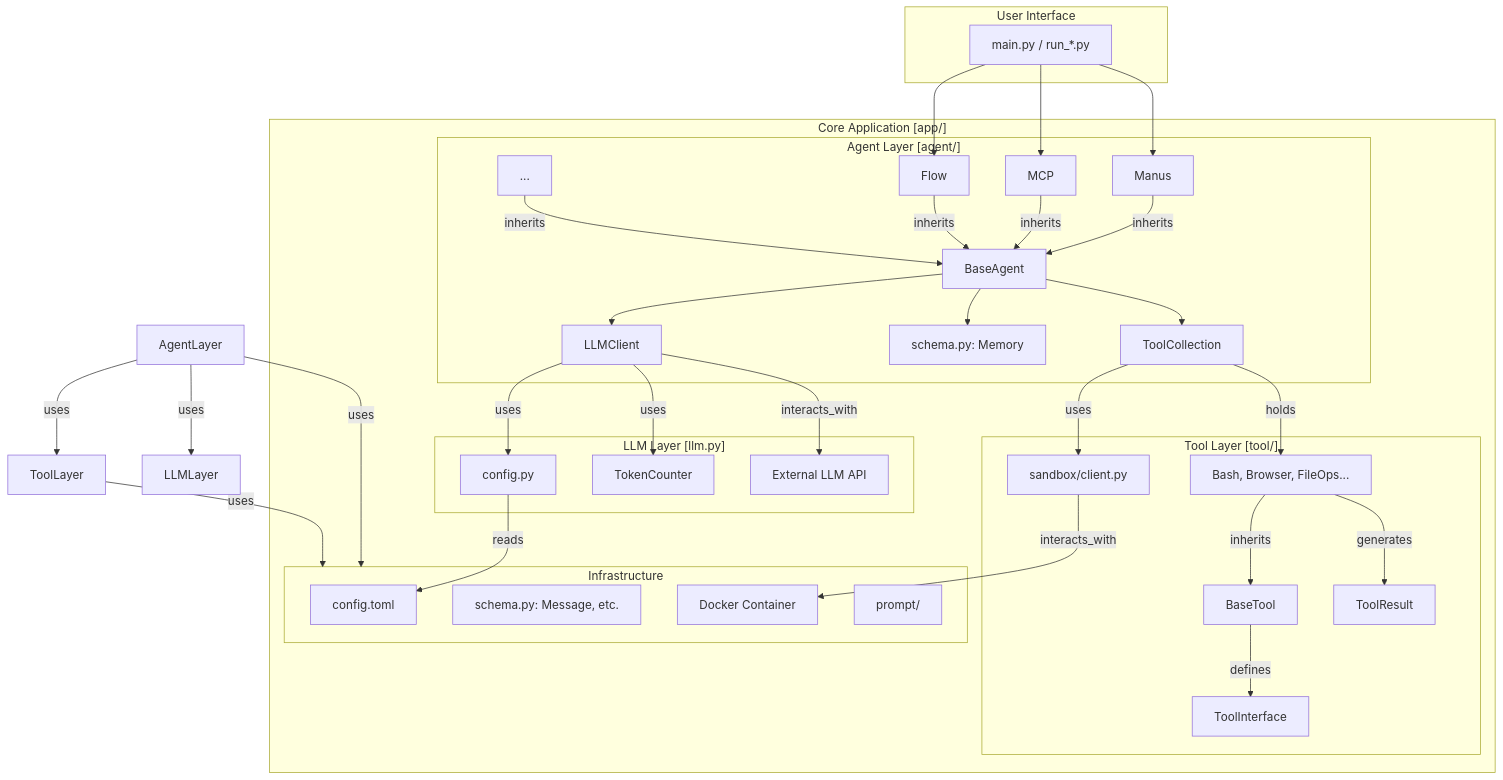
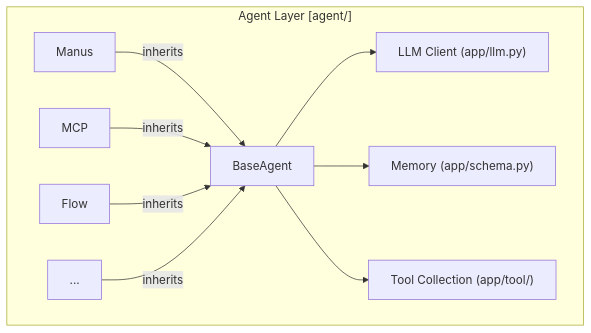
One commit to ywfhighlo/OpenManus-docs changed the third of 6 diagrams in docs/architecture_analysis.md. Above: the diagram before and after it, drawn with Mermaid. The commit also changed other lines of this file, not shown here.

Commit message:
将 docs/architecture_analysis.md 中的复杂 Mermaid 图拆分成几个更简单的图表，分别展示不同的方面。

````diff
--- a/docs/architecture_analysis.md
+++ b/docs/architecture_analysis.md
@@ -40,49 +60,12 @@
 ```mermaid
 graph TD
-    subgraph "User Interface"
-        CLI["main.py / run_*.py"]
+    subgraph "Agent Layer [agent/]"
+        BaseAgent --> LLMClient["LLM Client (app/llm.py)"]
+        BaseAgent --> MemoryStore["Memory (app/schema.py)"]
+        BaseAgent --> ToolCollection["Tool Collection (app/tool/)"]
+        ManusAgent["Manus"] -- inherits --> BaseAgent
+        MCPAgent["MCP"] -- inherits --> BaseAgent
+        FlowAgent["Flow"] -- inherits --> BaseAgent
+        OtherAgents["..."] -- inherits --> BaseAgent
     end
-
-    subgraph "Core Application [app/]"
-        subgraph "Agent Layer [agent/]"
-            BaseAgent --> LLMClient
-            BaseAgent --> MemoryStore
-            BaseAgent --> ToolCollection
-            ManusAgent["Manus"] -- inherits --> BaseAgent
-            MCPAgent["MCP"] -- inherits --> BaseAgent
-            FlowAgent["Flow"] -- inherits --> BaseAgent
-            OtherAgents["..."] -- inherits --> BaseAgent
-        end
-
-        subgraph "LLM Layer [llm.py]"
-            LLMClient -- uses --> ConfigService
-            LLMClient -- uses --> TokenCounter
-            LLMClient -- interacts_with --> LLM_API["External LLM API"]
-        end
-
-        subgraph "Tool Layer [tool/]"
-            BaseTool -- defines --> ToolInterface
-            ToolCollection -- holds --> Tools["Bash, Browser, FileOps..."]
-            Tools -- inherits --> BaseTool
-            Tools -- generates --> ToolResult
-            ToolCollection -- uses --> SandboxClient
-        end
-
-        subgraph "Infrastructure"
-            ConfigService["config.py"] -- reads --> ConfigFile["config.toml"]
-            MemoryStore["schema.py: Memory"]
-            DataSchemas["schema.py: Message, etc."]
-            SandboxClient["sandbox/client.py"] -- interacts_with --> Sandbox["Docker Container"]
-            Prompts["prompt/"]
-        end
-    end
-
-    CLI --> ManusAgent
-    CLI --> MCPAgent
-    CLI --> FlowAgent
-    AgentLayer -- uses --> LLMLayer
-    AgentLayer -- uses --> ToolLayer
-    AgentLayer -- uses --> Infrastructure
-    ToolLayer -- uses --> Infrastructure
-
 ```
````
